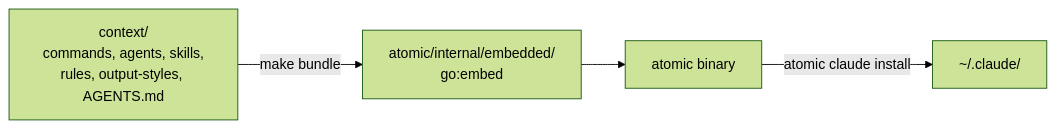
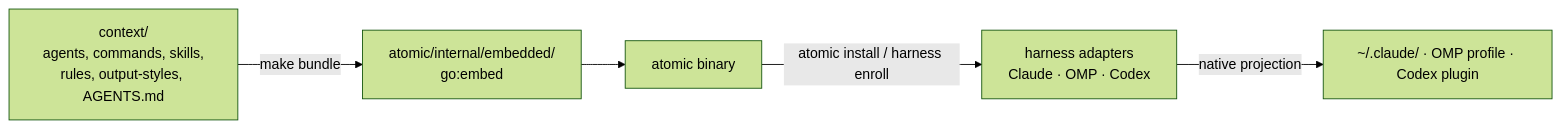
Before and after one commit to damusix/atomic-claude: the diagram in docs/wiki/index.md, drawn with Mermaid (forest theme). The commit also changed other lines of this file and 21 other files, not shown here.

Commit message:
chore(signals): refresh after omp-plugin-compatibility

````diff
--- a/docs/wiki/index.md
+++ b/docs/wiki/index.md
@@ -18,6 +18,7 @@
 ```mermaid
 flowchart LR
-    CTX["context/<br/>commands, agents, skills,<br/>rules, output-styles, AGENTS.md"] -->|make bundle| EMB["atomic/internal/embedded/<br/>go:embed"]
+    CTX["context/<br/>agents, commands, skills,<br/>rules, output-styles, AGENTS.md"] -->|make bundle| EMB["atomic/internal/embedded/<br/>go:embed"]
     EMB --> BIN["atomic binary"]
-    BIN -->|atomic claude install| H["~/.claude/"]
+    BIN -->|atomic install / harness enroll| ADAPT["harness adapters<br/>Claude · OMP · Codex"]
+    ADAPT -->|native projection| H["~/.claude/ · OMP profile · Codex plugin"]
 ```
````
